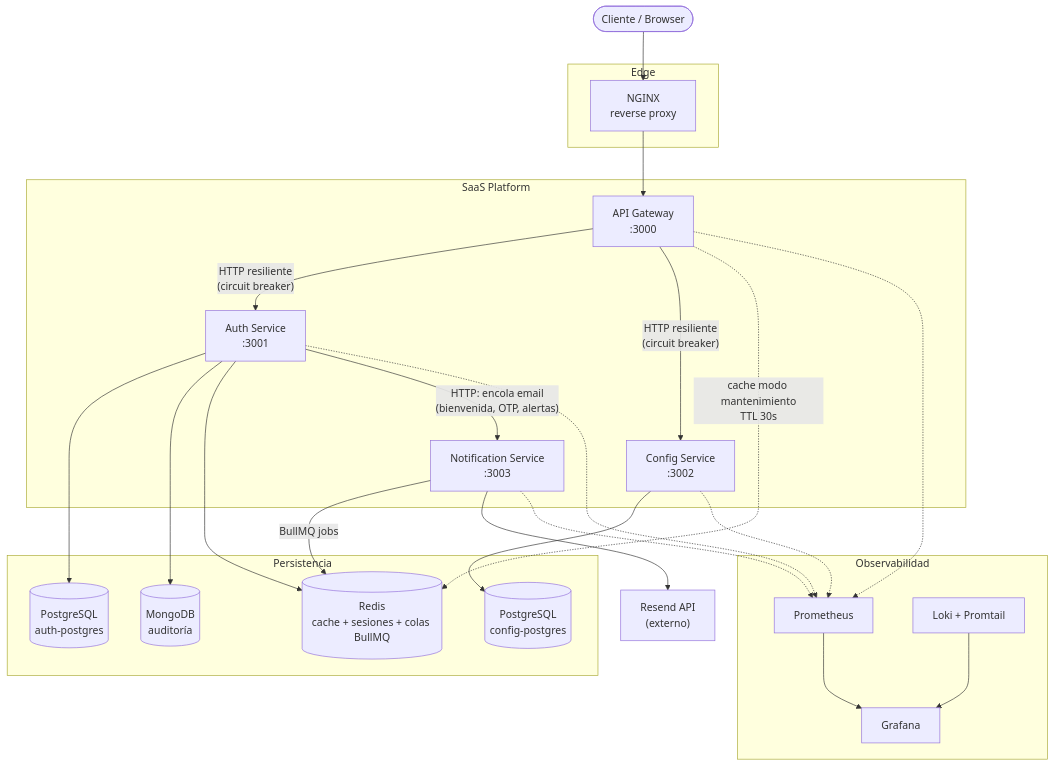
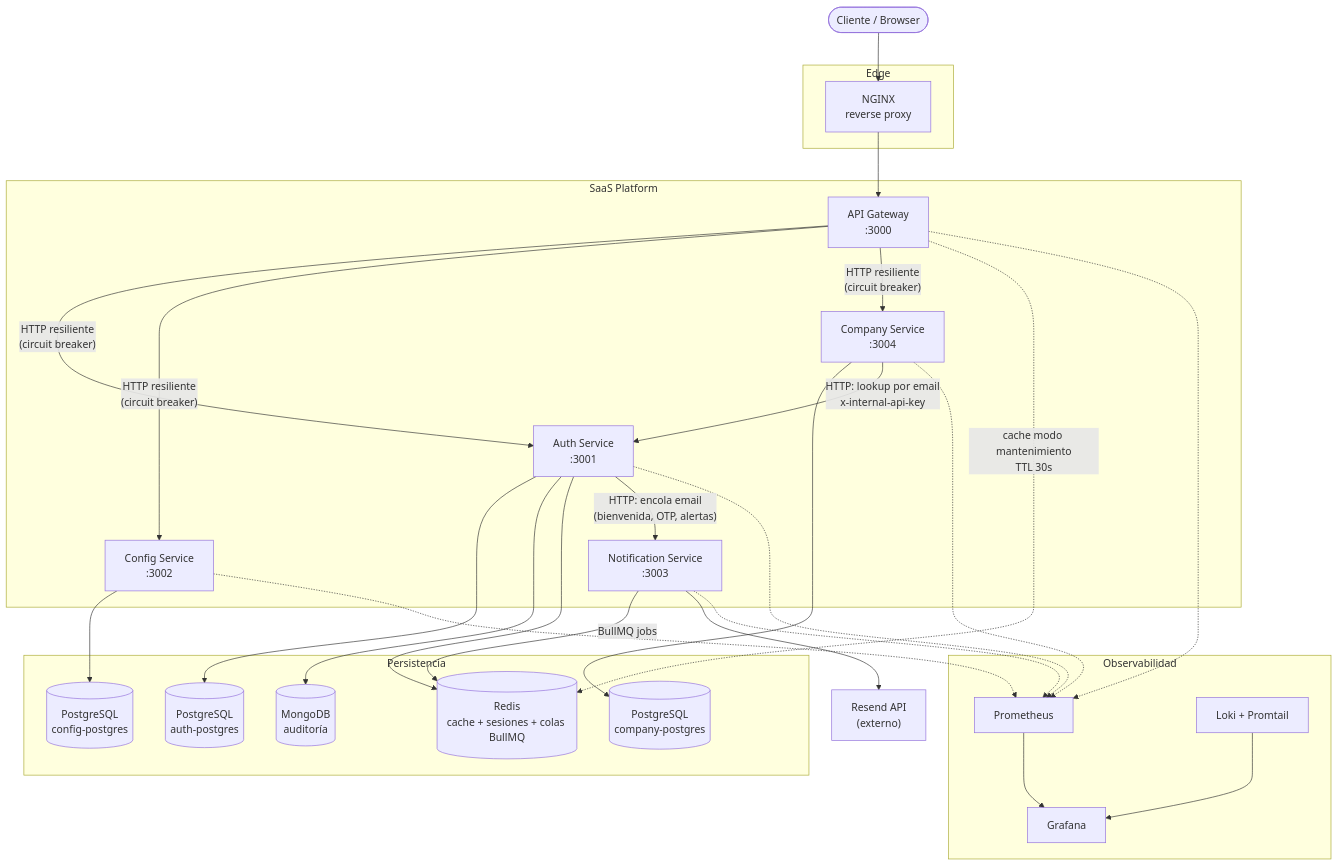
Before and after one commit to aalejandrozuleta/saas-platform-backend: the diagram in docs/diagrams/system-containers.md, drawn with Mermaid. The commit also changed other lines of this file and 195 other files, not shown here.

First line of the commit message:
feat: company/tenant service with worker provisioning

````diff
--- a/docs/diagrams/system-containers.md
+++ b/docs/diagrams/system-containers.md
@@ -3,49 +3,55 @@
 ```mermaid
 flowchart TB
     client([Cliente / Browser])
 
     subgraph edge["Edge"]
         nginx["NGINX<br/>reverse proxy"]
     end
 
     subgraph platform["SaaS Platform"]
         gateway["API Gateway<br/>:3000"]
         auth["Auth Service<br/>:3001"]
         config["Config Service<br/>:3002"]
         notif["Notification Service<br/>:3003"]
+        company["Company Service<br/>:3004"]
     end
 
     subgraph data["Persistencia"]
         authpg[("PostgreSQL<br/>auth-postgres")]
         configpg[("PostgreSQL<br/>config-postgres")]
+        companypg[("PostgreSQL<br/>company-postgres")]
         mongo[("MongoDB<br/>auditoría")]
         redis[("Redis<br/>cache + sesiones + colas BullMQ")]
     end
 
     subgraph obs["Observabilidad"]
         prometheus["Prometheus"]
         loki["Loki + Promtail"]
         grafana["Grafana"]
     end
 
     resend["Resend API<br/>(externo)"]
 
     client --> nginx --> gateway
     gateway -->|"HTTP resiliente<br/>(circuit breaker)"| auth
     gateway -->|"HTTP resiliente<br/>(circuit breaker)"| config
+    gateway -->|"HTTP resiliente<br/>(circuit breaker)"| company
     gateway -.->|"cache modo mantenimiento<br/>TTL 30s"| redis
     auth --> authpg
     auth --> mongo
     auth --> redis
     config --> configpg
+    company --> companypg
+    company -->|"HTTP: lookup por email<br/>x-internal-api-key"| auth
     auth -->|"HTTP: encola email<br/>(bienvenida, OTP, alertas)"| notif
     notif -->|"BullMQ jobs"| redis
     notif --> resend
 
     gateway -.-> prometheus
     auth -.-> prometheus
     config -.-> prometheus
     notif -.-> prometheus
+    company -.-> prometheus
     prometheus --> grafana
     loki --> grafana
 ```
````
